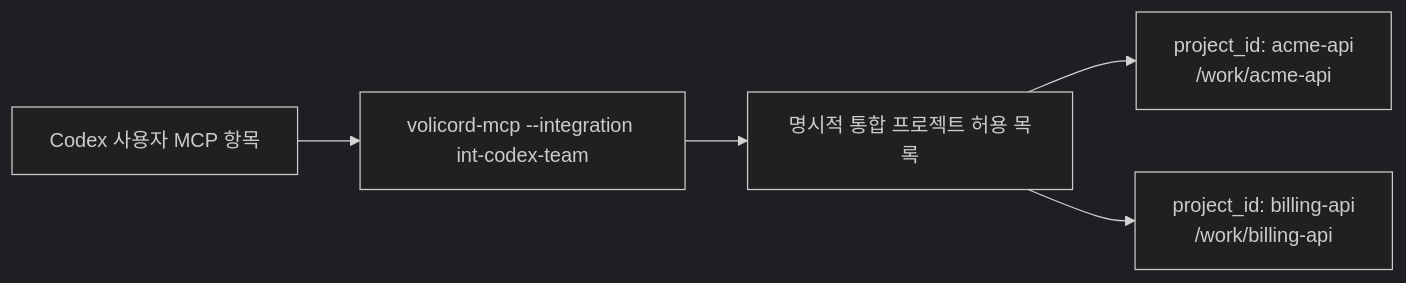
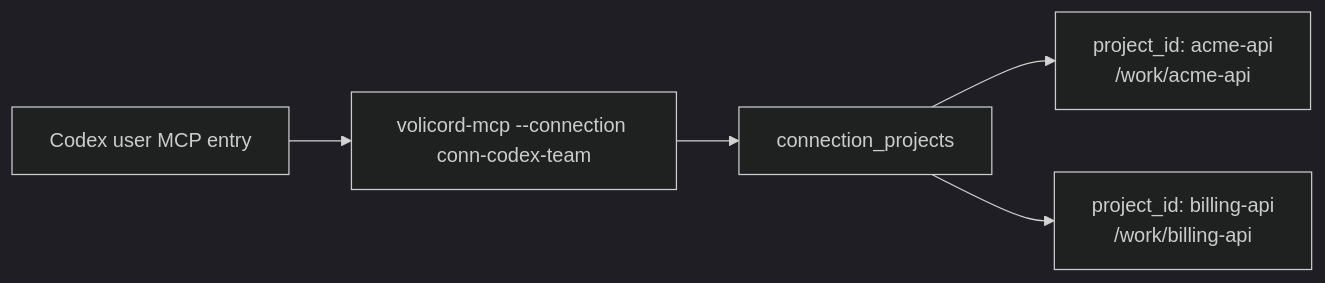
One commit to minjungw00/Harness_Project changed the diagram in docs/ko/guides/multi-repository-agent-setup.md. Above: the diagram before and after it, drawn with Mermaid (dark theme). The commit also changed other lines of this file and 127 other files, not shown here.

````diff
--- a/docs/ko/guides/multi-repository-agent-setup.md
+++ b/docs/ko/guides/multi-repository-agent-setup.md
@@ -7,13 +7,13 @@
 ```mermaid
 flowchart LR
-  host[Codex 사용자 MCP 항목]
-  process["volicord-mcp --integration int-codex-team"]
-  allowlist[명시적 통합 프로젝트 허용 목록]
+  host[Codex user MCP entry]
+  process["volicord-mcp --connection conn-codex-team"]
+  memberships[connection_projects]
   a["project_id: acme-api<br/>/work/acme-api"]
   b["project_id: billing-api<br/>/work/billing-api"]
 
   host --> process
-  process --> allowlist
-  allowlist --> a
-  allowlist --> b
+  process --> memberships
+  memberships --> a
+  memberships --> b
 ```
````
